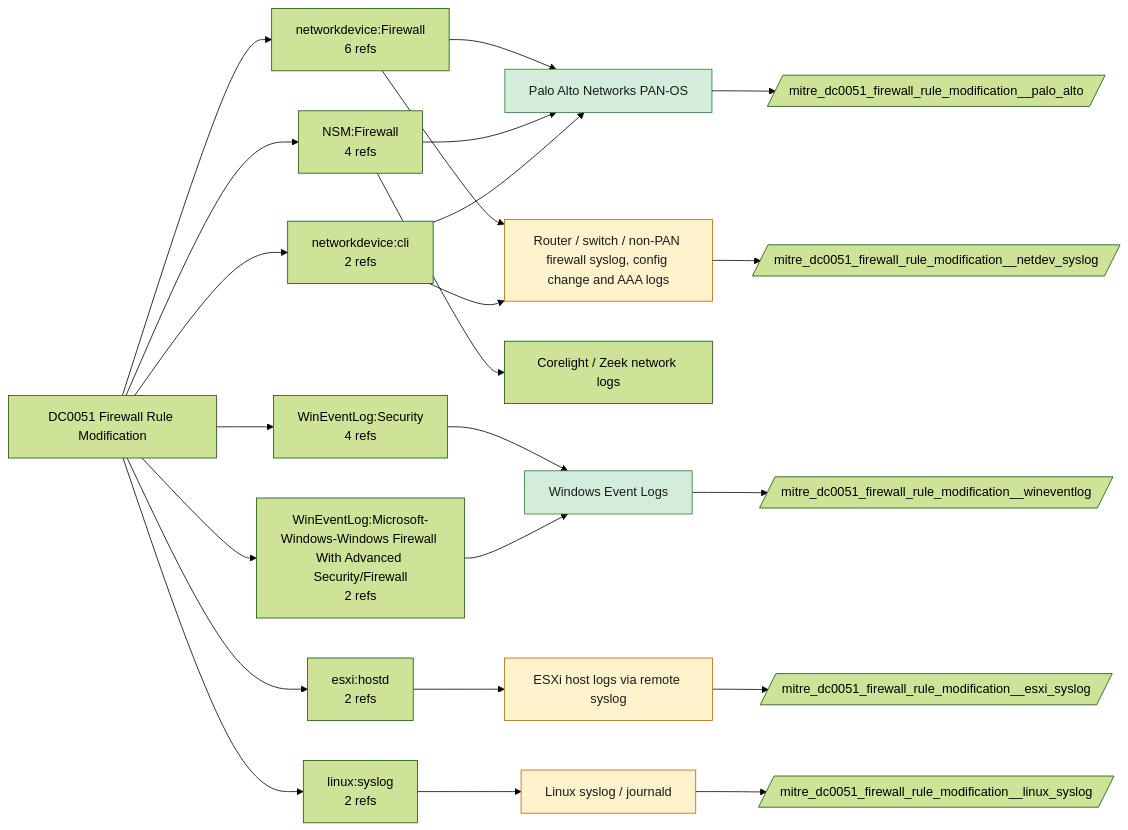
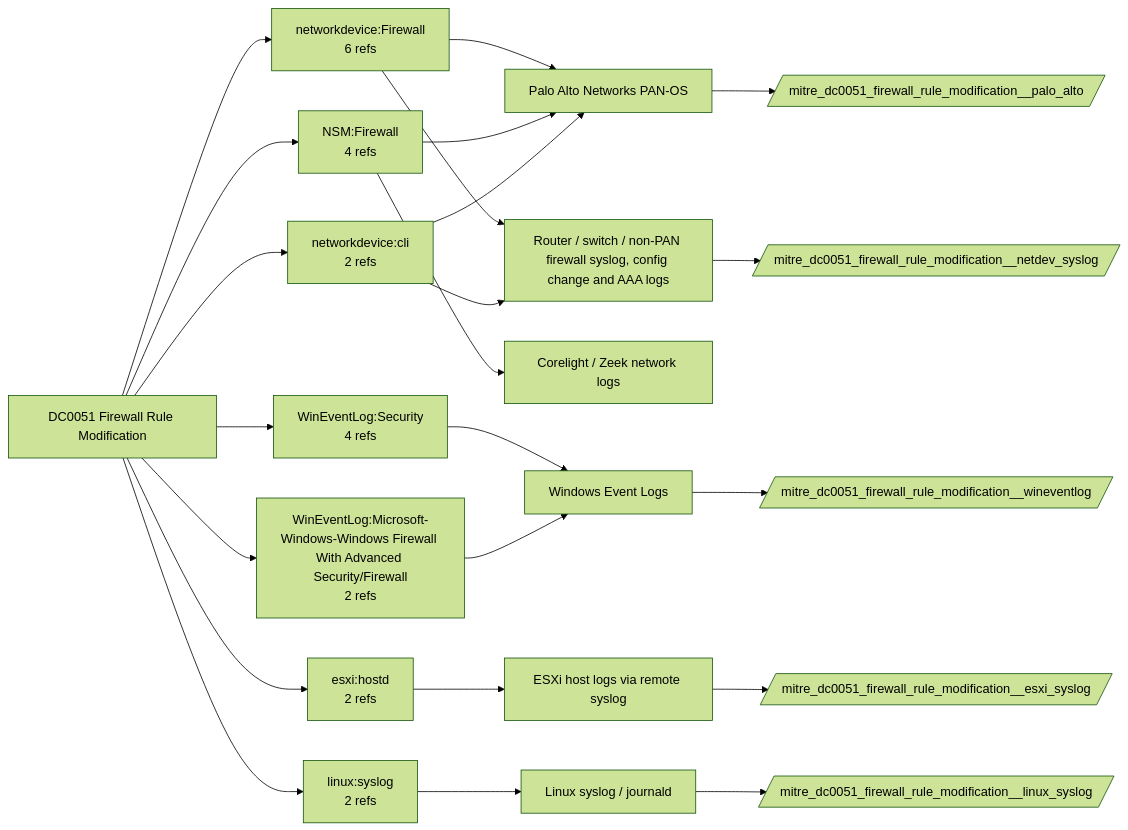
Before and after one commit to dev-nobytes-io/mitre-defensive-mappings-spl: the diagram in docs/data-components/DC0051-firewall-rule-modification.md, drawn with Mermaid (forest theme). The commit also changed other lines of this file and 366 other files, not shown here.

````diff
--- a/docs/data-components/DC0051-firewall-rule-modification.md
+++ b/docs/data-components/DC0051-firewall-rule-modification.md
@@ -19,39 +19,32 @@
 ```mermaid
 flowchart LR
   DC["DC0051 Firewall Rule Modification"]
   DC --> LS0["networkdevice:Firewall<br/>6 refs"]
   F_palo_alto["Palo Alto Networks PAN-OS"]
   LS0 --> F_palo_alto
   F_netdev_syslog["Router / switch / non-PAN firewall syslog, config change and AAA logs"]
   LS0 --> F_netdev_syslog
   DC --> LS1["NSM:Firewall<br/>4 refs"]
   LS1 --> F_palo_alto
   F_corelight["Corelight / Zeek network logs"]
   LS1 --> F_corelight
   DC --> LS2["WinEventLog:Security<br/>4 refs"]
   F_wineventlog["Windows Event Logs"]
   LS2 --> F_wineventlog
   DC --> LS3["esxi:hostd<br/>2 refs"]
   F_esxi_syslog["ESXi host logs via remote syslog"]
   LS3 --> F_esxi_syslog
   DC --> LS4["linux:syslog<br/>2 refs"]
   F_linux_syslog["Linux syslog / journald"]
   LS4 --> F_linux_syslog
   DC --> LS5["networkdevice:cli<br/>2 refs"]
   LS5 --> F_palo_alto
   LS5 --> F_netdev_syslog
   DC --> LS6["WinEventLog:Microsoft-Windows-Windows Firewall With Advanced Security/Firewall<br/>2 refs"]
   LS6 --> F_wineventlog
+  F_esxi_syslog --> ET_esxi_syslog[/"mitre_dc0051_firewall_rule_modification__esxi_syslog"/]
+  F_linux_syslog --> ET_linux_syslog[/"mitre_dc0051_firewall_rule_modification__linux_syslog"/]
+  F_netdev_syslog --> ET_netdev_syslog[/"mitre_dc0051_firewall_rule_modification__netdev_syslog"/]
   F_palo_alto --> ET_palo_alto[/"mitre_dc0051_firewall_rule_modification__palo_alto"/]
-  class F_palo_alto live
   F_wineventlog --> ET_wineventlog[/"mitre_dc0051_firewall_rule_modification__wineventlog"/]
-  class F_wineventlog live
-  F_esxi_syslog --> ET_esxi_syslog[/"mitre_dc0051_firewall_rule_modification__esxi_syslog"/]
-  class F_esxi_syslog ready
-  F_linux_syslog --> ET_linux_syslog[/"mitre_dc0051_firewall_rule_modification__linux_syslog"/]
-  class F_linux_syslog ready
-  F_netdev_syslog --> ET_netdev_syslog[/"mitre_dc0051_firewall_rule_modification__netdev_syslog"/]
-  class F_netdev_syslog ready
-  classDef live fill:#d4edda,stroke:#2e7d32,color:#1b1b1b
-  classDef ready fill:#fff3cd,stroke:#b26a00,color:#1b1b1b
 ```
````
